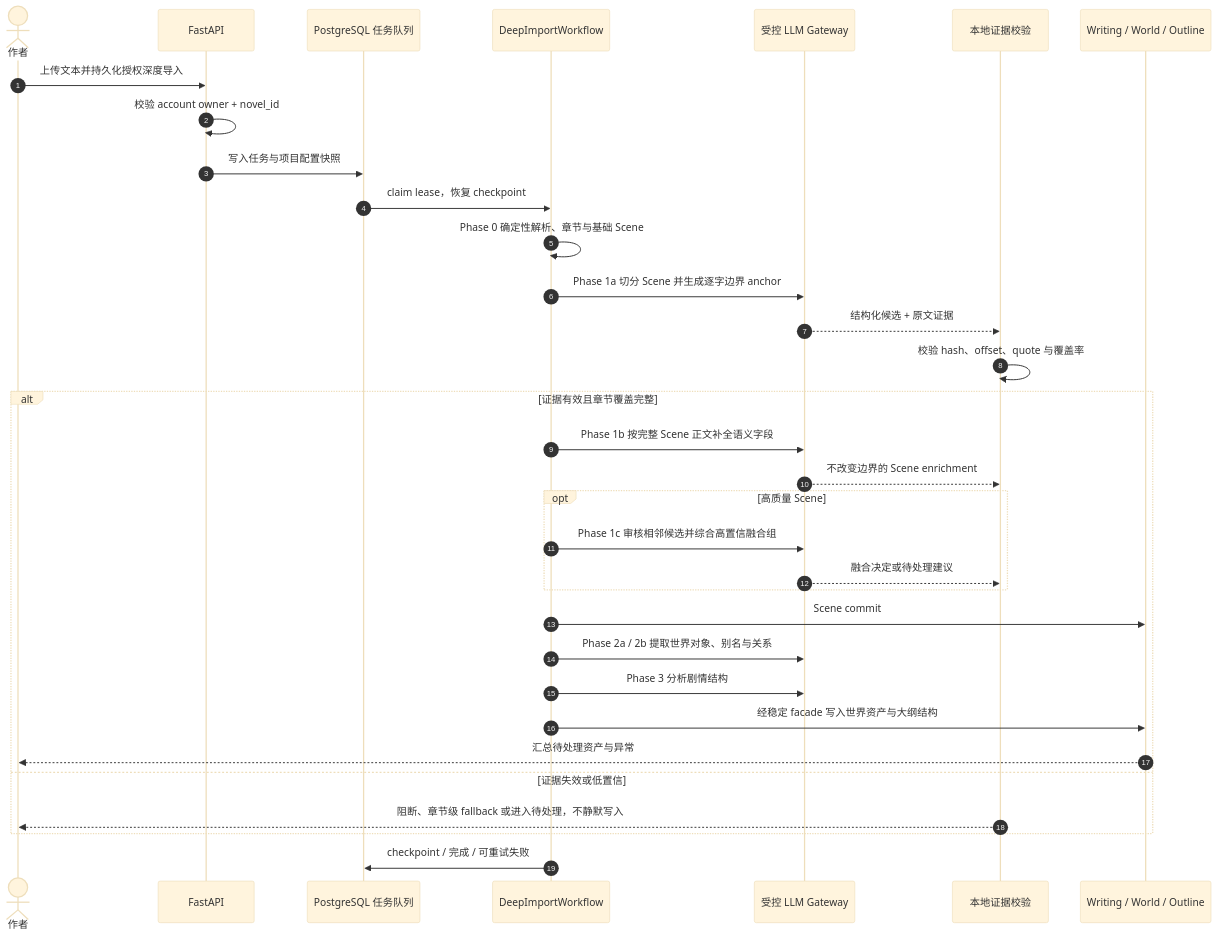
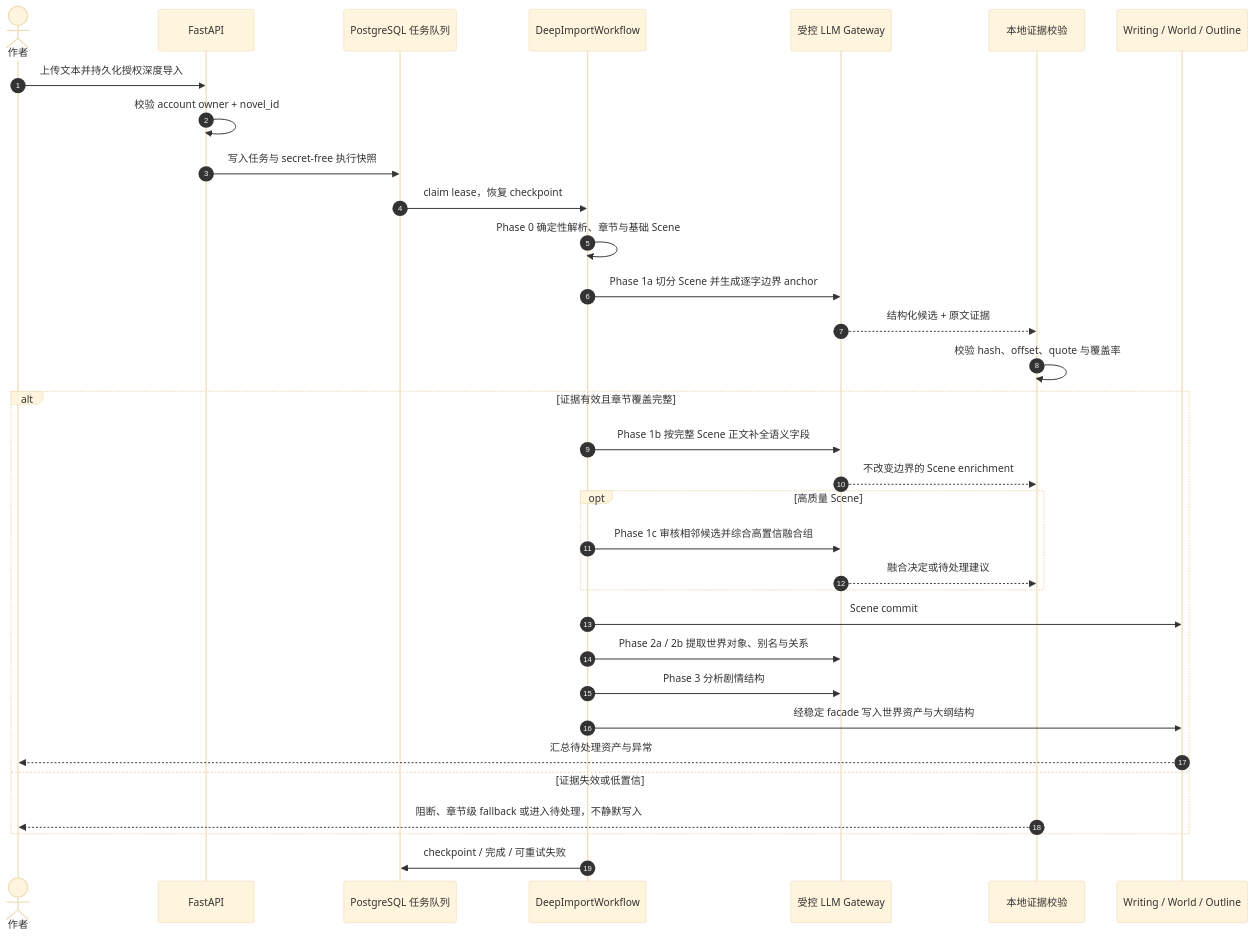
Before and after one commit to FengHuoLinShan/ai-writing-assist: the third of 5 diagrams in README.md, drawn with Mermaid (base theme). The commit also changed other lines of this file and 155 other files, not shown here.

````diff
--- a/README.md
+++ b/README.md
@@ -210,36 +223,36 @@
 ```mermaid
 sequenceDiagram
     autonumber
     actor Author as 作者
     participant API as FastAPI
     participant Queue as PostgreSQL 任务队列
     participant Imports as DeepImportWorkflow
     participant LLM as 受控 LLM Gateway
     participant Guard as 本地证据校验
     participant Domain as Writing / World / Outline
 
     Author->>API: 上传文本并持久化授权深度导入
     API->>API: 校验 account owner + novel_id
-    API->>Queue: 写入任务与项目配置快照
+    API->>Queue: 写入任务与 secret-free 执行快照
     Queue->>Imports: claim lease，恢复 checkpoint
     Imports->>Imports: Phase 0 确定性解析、章节与基础 Scene
     Imports->>LLM: Phase 1a 切分 Scene 并生成逐字边界 anchor
     LLM-->>Guard: 结构化候选 + 原文证据
     Guard->>Guard: 校验 hash、offset、quote 与覆盖率
     alt 证据有效且章节覆盖完整
         Imports->>LLM: Phase 1b 按完整 Scene 正文补全语义字段
         LLM-->>Guard: 不改变边界的 Scene enrichment
         opt 高质量 Scene
             Imports->>LLM: Phase 1c 审核相邻候选并综合高置信融合组
             LLM-->>Guard: 融合决定或待处理建议
         end
         Imports->>Domain: Scene commit
         Imports->>LLM: Phase 2a / 2b 提取世界对象、别名与关系
         Imports->>LLM: Phase 3 分析剧情结构
         Imports->>Domain: 经稳定 facade 写入世界资产与大纲结构
         Domain-->>Author: 汇总待处理资产与异常
     else 证据失效或低置信
         Guard-->>Author: 阻断、章节级 fallback 或进入待处理，不静默写入
     end
     Imports->>Queue: checkpoint / 完成 / 可重试失败
 ```
````
